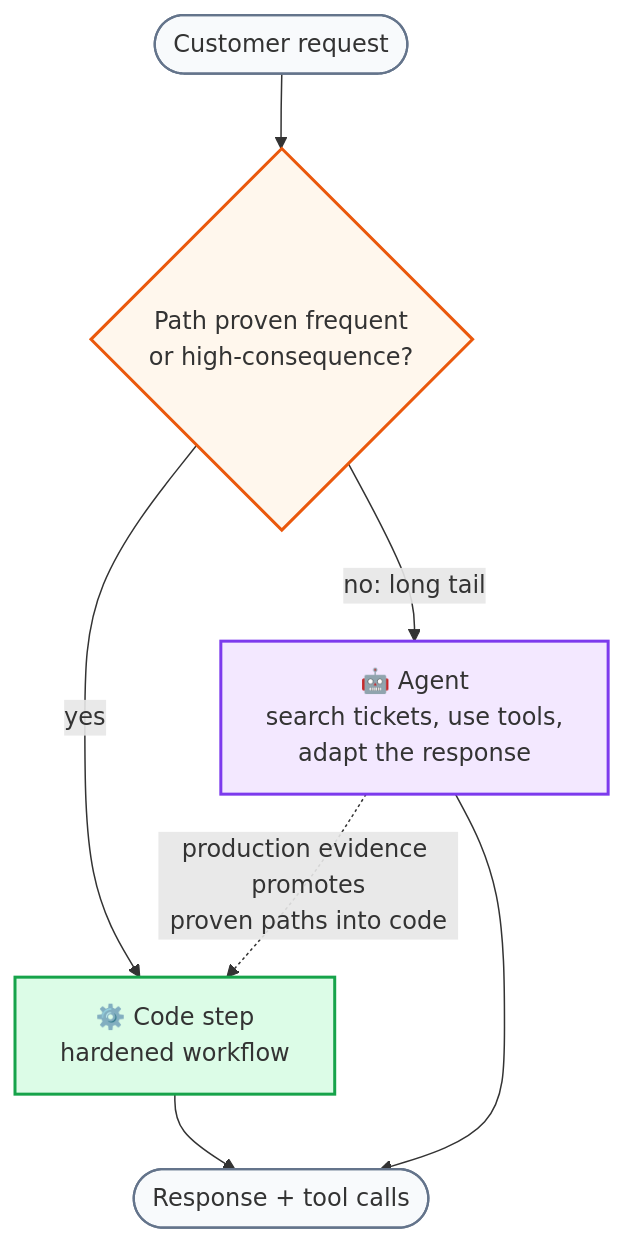
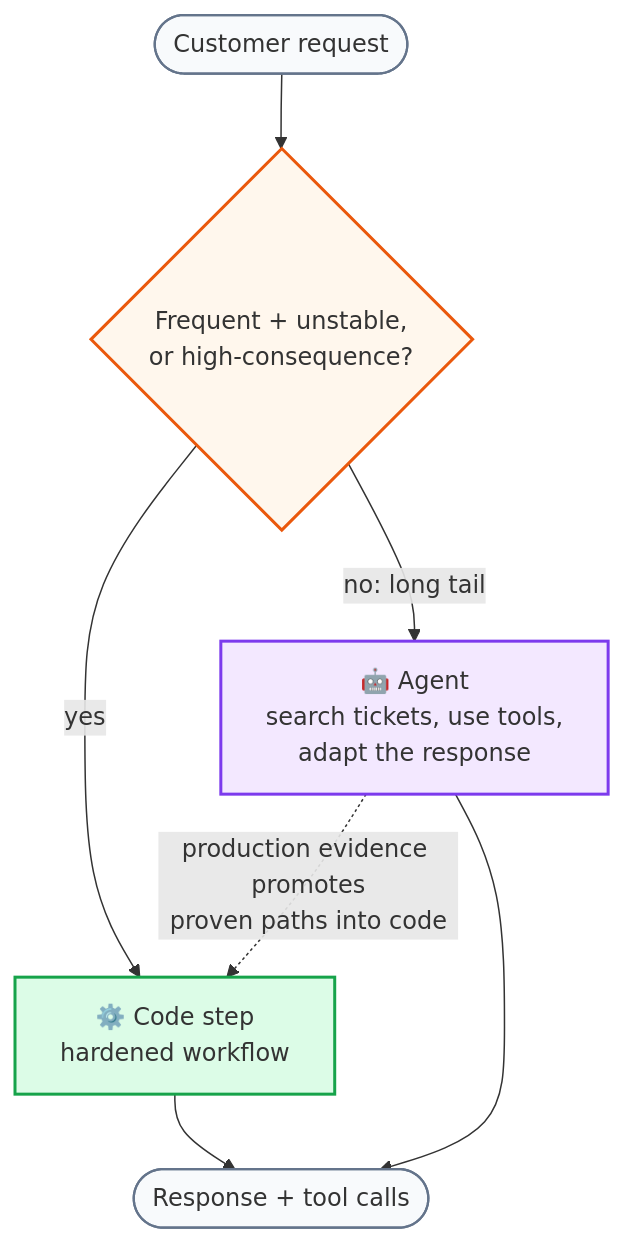
One commit to FridljDa/FridljDa.github.io changed the fifth of 5 diagrams in src/content/blog/workflow-vs-agent.mdx. Above: the diagram before and after it, drawn with Mermaid. The commit also changed other lines of this file, not shown here.

````diff
--- a/src/content/blog/workflow-vs-agent.mdx
+++ b/src/content/blog/workflow-vs-agent.mdx
@@ -226,24 +252,24 @@
 ```mermaid
 flowchart TD
     INPUT(["Customer request"])
-    D{"Path proven frequent<br/>or high-consequence?"}
+    D{"Frequent + unstable,<br/>or high-consequence?"}
     C["⚙️ Code step<br/>hardened workflow"]
     A["🤖 Agent<br/>search tickets, use tools,<br/>adapt the response"]
     OUT(["Response + tool calls"])
 
     INPUT --> D
     D -->|"yes"| C
     D -->|"no: long tail"| A
     C --> OUT
     A --> OUT
     A -.->|"production evidence promotes<br/>proven paths into code"| C
 
     classDef agent fill:#f3e8ff,stroke:#7c3aed,stroke-width:2px
     classDef code fill:#dcfce7,stroke:#16a34a,stroke-width:2px
     classDef decision fill:#fff7ed,stroke:#ea580c,stroke-width:2px
     classDef terminal fill:#f8fafc,stroke:#64748b,stroke-width:1.5px
     class A agent
     class C code
     class D decision
     class INPUT,OUT terminal
 ```
````
